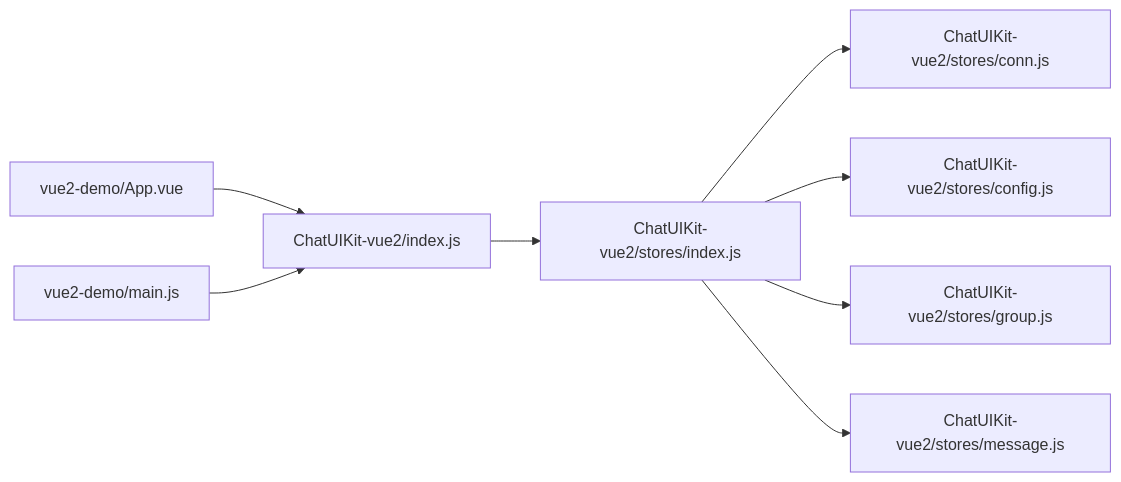
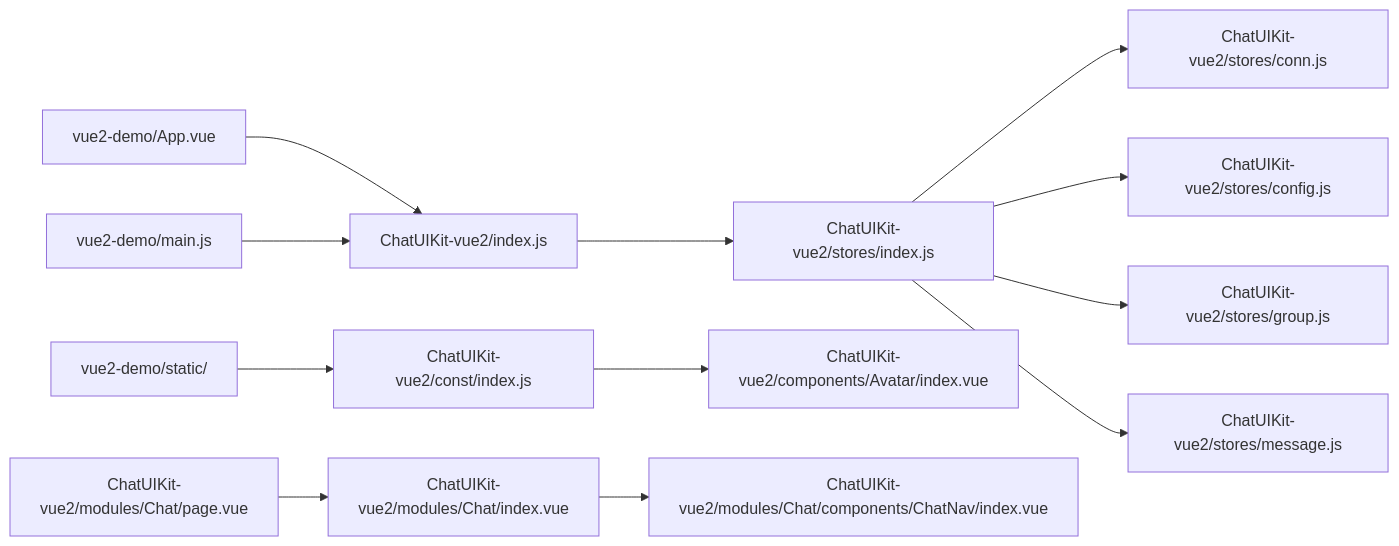
Before and after one commit to Easemob-Community/easemob-uikit-uniapp-community: the third of 3 diagrams in .qoder/repowiki/zh/content/快速开始.md, drawn with Mermaid. The commit also changed other lines of this file and 11 other files, not shown here.

````diff
--- a/.qoder/repowiki/zh/content/快速开始.md
+++ b/.qoder/repowiki/zh/content/快速开始.md
@@ -255,10 +534,14 @@
 ```mermaid
 graph LR
 D_App_vue["vue2-demo/App.vue"] --> C_Index_js["ChatUIKit-vue2/index.js"]
 D_Main_js["vue2-demo/main.js"] --> C_Index_js
 C_Index_js --> S_Index_js["ChatUIKit-vue2/stores/index.js"]
 S_Index_js --> S_Conn_js["ChatUIKit-vue2/stores/conn.js"]
 S_Index_js --> S_Config_js["ChatUIKit-vue2/stores/config.js"]
 S_Index_js --> S_Group_js["ChatUIKit-vue2/stores/group.js"]
 S_Index_js --> S_Message_js["ChatUIKit-vue2/stores/message.js"]
+D_Static_Assets["vue2-demo/static/"] --> Const_Index_js["ChatUIKit-vue2/const/index.js"]
+Const_Index_js --> Avatar_Component["ChatUIKit-vue2/components/Avatar/index.vue"]
+A_Chat_Page["ChatUIKit-vue2/modules/Chat/page.vue"] --> A_Chat_Index["ChatUIKit-vue2/modules/Chat/index.vue"]
+A_Chat_Index --> A_Chat_Nav["ChatUIKit-vue2/modules/Chat/components/ChatNav/index.vue"]
 ```
````
